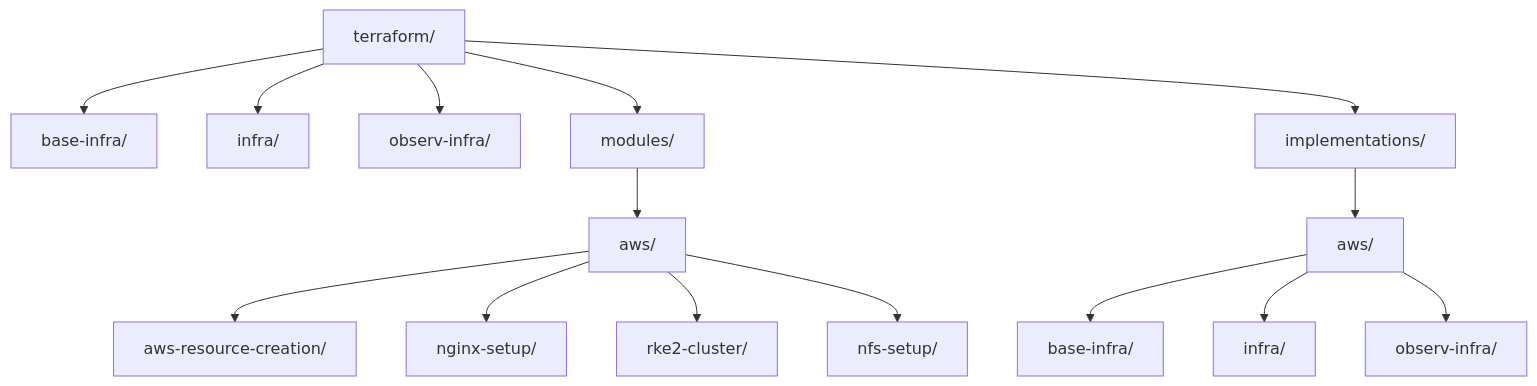
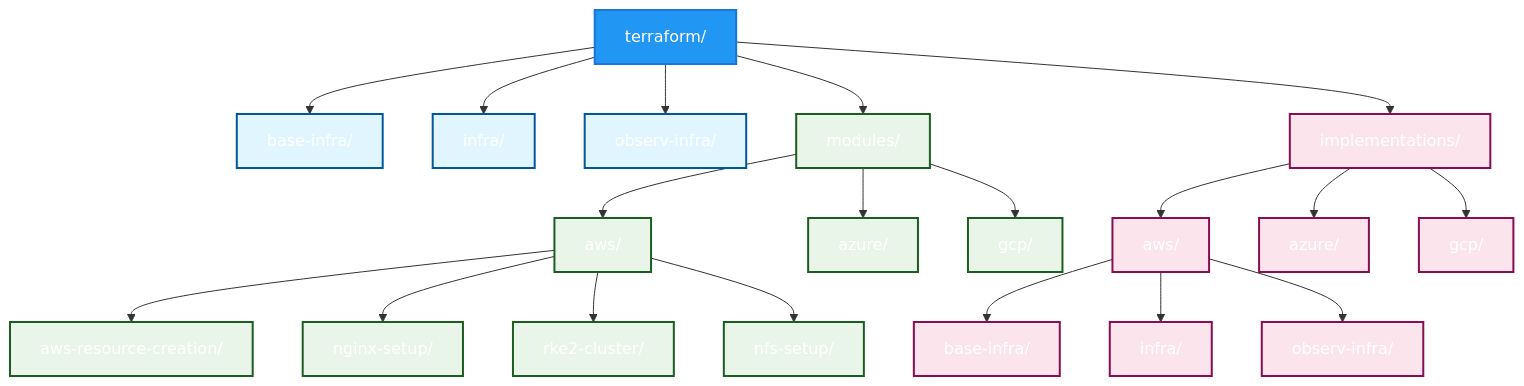
The second of 3 diagrams in README.md (mosip/infra), drawn with Mermaid before and after one commit. The commit also changed other lines of this file and 9 other files, not shown here.

````diff
--- a/README.md
+++ b/README.md
@@ -63,19 +90,35 @@
 ```mermaid
 graph TD
-    A[terraform/] --> B[base-infra/]
-    A --> C[infra/]
-    A --> D[observ-infra/]
-    A --> E[modules/]
-    A --> F[implementations/]
+    A["terraform/"] --> B["base-infra/"]
+    A --> C["infra/"]
+    A --> D["observ-infra/"]
+    A --> E["modules/"]
+    A --> F["implementations/"]
     
-    E --> E1[aws/]
-    E1 --> E1A[aws-resource-creation/]
-    E1 --> E1B[nginx-setup/]
-    E1 --> E1C[rke2-cluster/]
-    E1 --> E1D[nfs-setup/]
+    E --> E1["aws/"]
+    E --> E2["azure/"]
+    E --> E3["gcp/"]
     
-    F --> F1[aws/]
-    F1 --> F1A[base-infra/]
-    F1 --> F1B[infra/]
-    F1 --> F1C[observ-infra/]
+    E1 --> E1A["aws-resource-creation/"]
+    E1 --> E1B["nginx-setup/"]
+    E1 --> E1C["rke2-cluster/"]
+    E1 --> E1D["nfs-setup/"]
+    
+    F --> F1["aws/"]
+    F --> F2["azure/"]
+    F --> F3["gcp/"]
+    
+    F1 --> F1A["base-infra/"]
+    F1 --> F1B["infra/"]
+    F1 --> F1C["observ-infra/"]
+    
+    classDef root fill:#2196F3,stroke:#1976D2,stroke-width:2px,color:#fff
+    classDef component fill:#e1f5fe,stroke:#01579b,stroke-width:2px
+    classDef modules fill:#e8f5e8,stroke:#1b5e20,stroke-width:2px
+    classDef impl fill:#fce4ec,stroke:#880e4f,stroke-width:2px
+    
+    class A root
+    class B,C,D component
+    class E,E1,E2,E3,E1A,E1B,E1C,E1D modules
+    class F,F1,F2,F3,F1A,F1B,F1C impl
 ```
````
